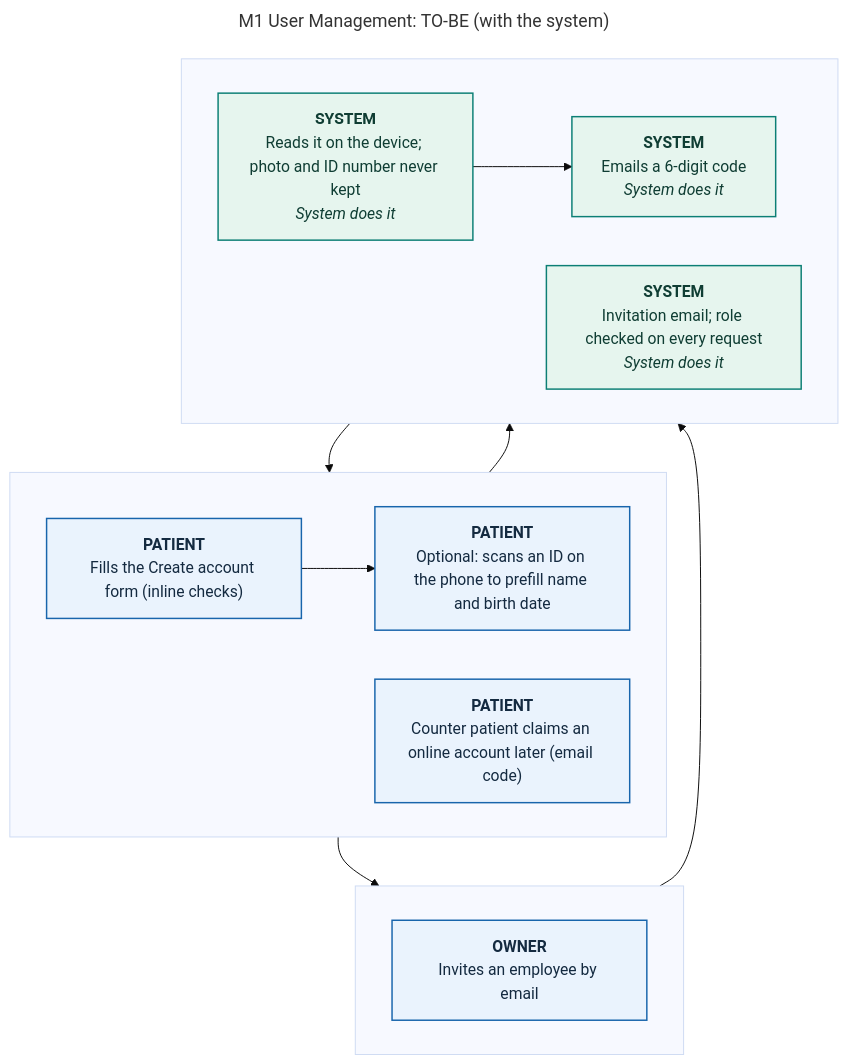
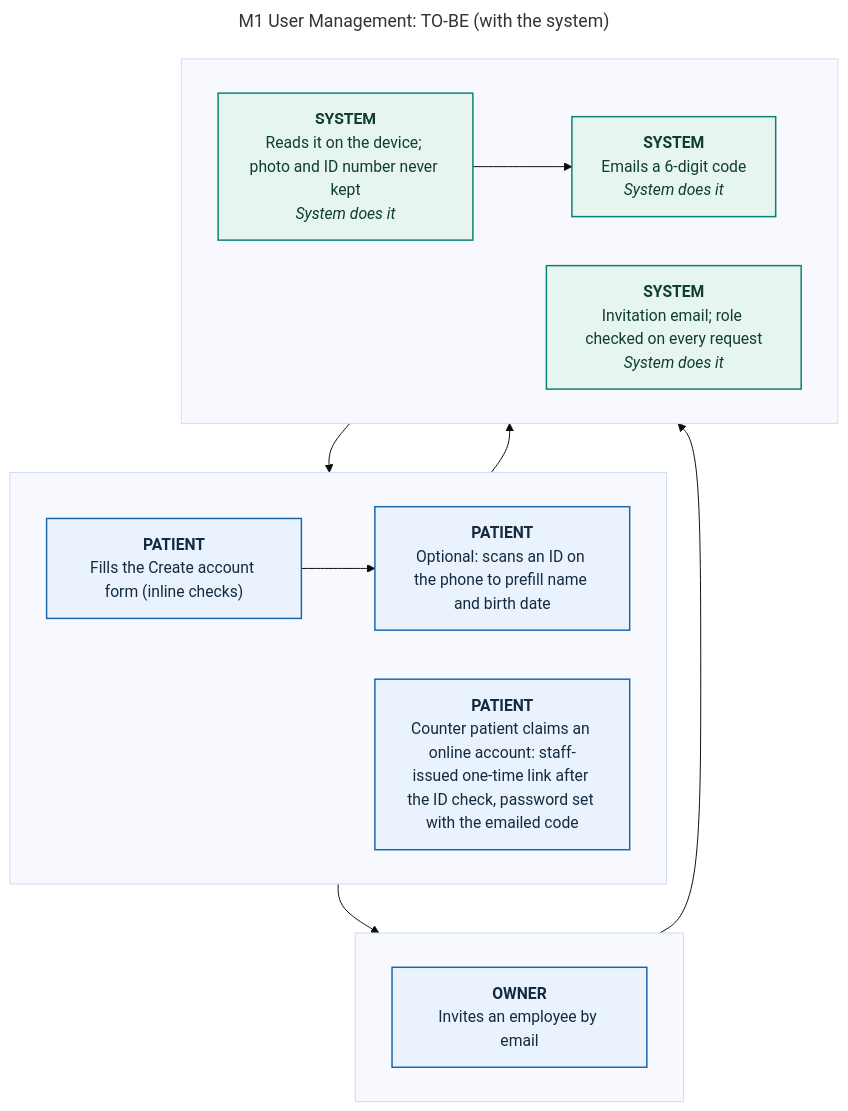
Before and after one commit to 0phem/multibranch-dental-clinic: the diagram in docs/defense/diagrams/M1-user-management-to-be.mmd, drawn with Mermaid (base theme). The commit also changed 10 other files, not shown here.

```diff
--- a/docs/defense/diagrams/M1-user-management-to-be.mmd
+++ b/docs/defense/diagrams/M1-user-management-to-be.mmd
@@ -1,32 +1,32 @@
 ---
 title: "M1 User Management: TO-BE (with the system)"
 ---
 flowchart TB
     subgraph L0[" "]
     direction LR
       S0["<b>PATIENT</b><br/>Fills the Create account form (inline checks)"]:::manual
       S1["<b>PATIENT</b><br/>Optional: scans an ID on the phone to prefill name and birth date"]:::manual
-      S4["<b>PATIENT</b><br/>Counter patient claims an online account later (email code)"]:::manual
+      S4["<b>PATIENT</b><br/>Counter patient claims an online account: staff-issued one-time link after the ID check, password set with the emailed code"]:::manual
     end
     subgraph L3[" "]
     direction LR
       S5["<b>OWNER</b><br/>Invites an employee by email"]:::manual
     end
     subgraph L4[" "]
     direction LR
       S2["<b>SYSTEM</b><br/>Reads it on the device; photo and ID number never kept<br/><i>System does it</i>"]:::auto
       S3["<b>SYSTEM</b><br/>Emails a 6-digit code<br/><i>System does it</i>"]:::auto
       S6["<b>SYSTEM</b><br/>Invitation email; role checked on every request<br/><i>System does it</i>"]:::auto
     end
     S0 --> S1
     S1 --> S2
     S2 --> S3
     S3 --> S4
     S4 --> S5
     S5 --> S6
     classDef cited fill:#eaf3fd,stroke:#1865ac,color:#142a40,stroke-width:1.5px
     classDef confirm fill:#fffaf0,stroke:#b26a00,color:#5e3c00,stroke-width:1.5px,stroke-dasharray:6 4
     classDef auto fill:#e6f5ee,stroke:#0c7f75,color:#0f3d33,stroke-width:1.5px
     classDef manual fill:#eaf3fd,stroke:#1865ac,color:#142a40,stroke-width:1.5px
     classDef mock fill:#f3f5f7,stroke:#5a6b7d,color:#3a4e63,stroke-width:1.5px,stroke-dasharray:3 3
     classDef planned fill:#ffffff,stroke:#5a6b7d,color:#3a4e63,stroke-width:1.5px,stroke-dasharray:6 4
```
